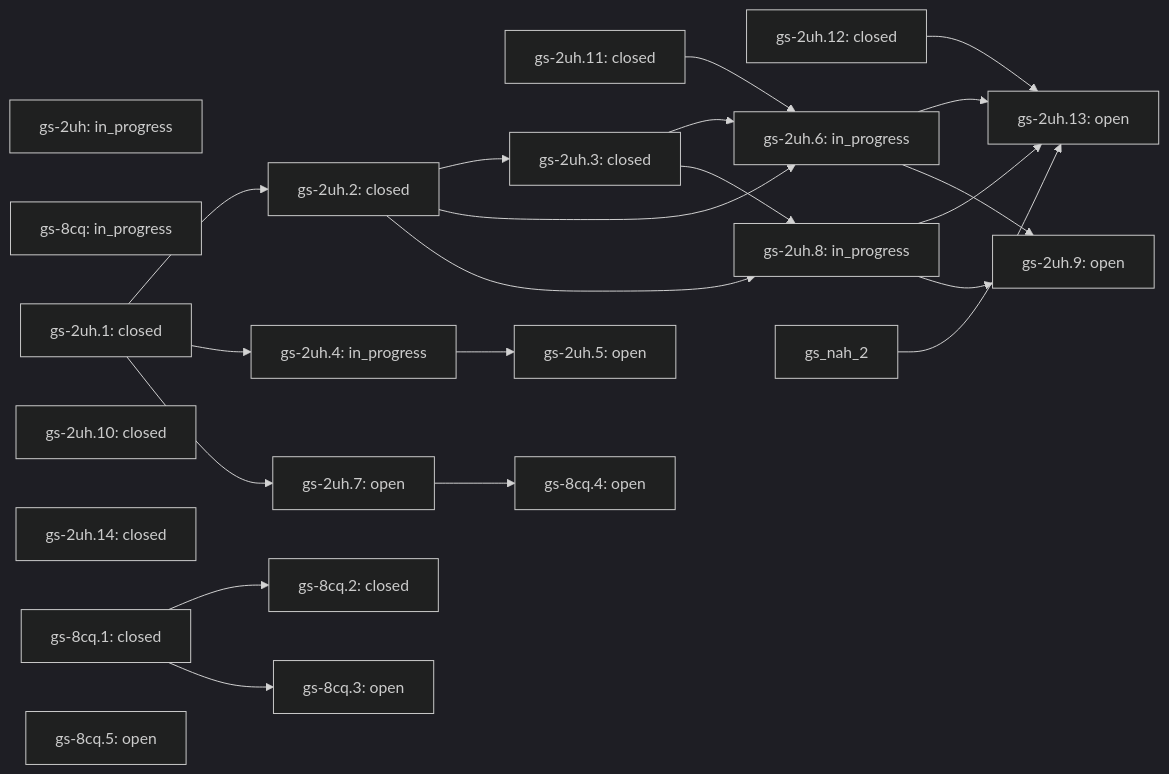
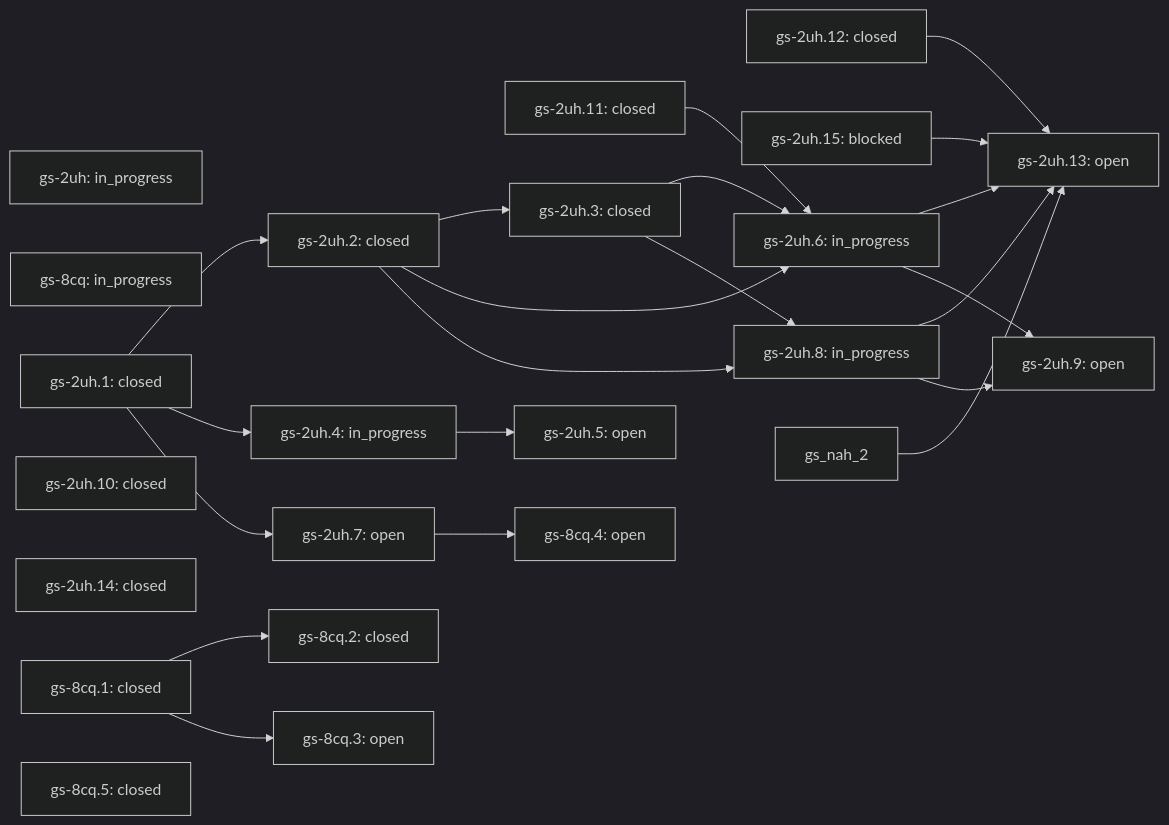
Before and after one commit to lifeofgurpreet/G-Skills: the diagram in docs/skills/vps-health/ROADMAP.md, drawn with Mermaid (dark theme). The commit also changed other lines of this file and 26 other files, not shown here.

````diff
--- a/docs/skills/vps-health/ROADMAP.md
+++ b/docs/skills/vps-health/ROADMAP.md
@@ -33,43 +34,45 @@
 ```mermaid
 flowchart LR
   gs_2uh["gs-2uh: in_progress"]
   gs_8cq["gs-8cq: in_progress"]
   gs_2uh_1["gs-2uh.1: closed"]
   gs_2uh_10["gs-2uh.10: closed"]
   gs_2uh_11["gs-2uh.11: closed"]
   gs_2uh_12["gs-2uh.12: closed"]
   gs_2uh_13["gs-2uh.13: open"]
   gs_2uh_12 --> gs_2uh_13
+  gs_2uh_15 --> gs_2uh_13
   gs_2uh_6 --> gs_2uh_13
   gs_2uh_8 --> gs_2uh_13
   gs_nah_2 --> gs_2uh_13
   gs_2uh_14["gs-2uh.14: closed"]
+  gs_2uh_15["gs-2uh.15: blocked"]
   gs_2uh_2["gs-2uh.2: closed"]
   gs_2uh_1 --> gs_2uh_2
   gs_2uh_3["gs-2uh.3: closed"]
   gs_2uh_2 --> gs_2uh_3
   gs_2uh_4["gs-2uh.4: in_progress"]
   gs_2uh_1 --> gs_2uh_4
   gs_2uh_5["gs-2uh.5: open"]
   gs_2uh_4 --> gs_2uh_5
   gs_2uh_6["gs-2uh.6: in_progress"]
   gs_2uh_11 --> gs_2uh_6
   gs_2uh_2 --> gs_2uh_6
   gs_2uh_3 --> gs_2uh_6
   gs_2uh_8["gs-2uh.8: in_progress"]
   gs_2uh_2 --> gs_2uh_8
   gs_2uh_3 --> gs_2uh_8
   gs_8cq_1["gs-8cq.1: closed"]
   gs_8cq_2["gs-8cq.2: closed"]
   gs_8cq_1 --> gs_8cq_2
   gs_2uh_7["gs-2uh.7: open"]
   gs_2uh_1 --> gs_2uh_7
   gs_2uh_9["gs-2uh.9: open"]
   gs_2uh_6 --> gs_2uh_9
   gs_2uh_8 --> gs_2uh_9
   gs_8cq_3["gs-8cq.3: open"]
   gs_8cq_1 --> gs_8cq_3
   gs_8cq_4["gs-8cq.4: open"]
   gs_2uh_7 --> gs_8cq_4
-  gs_8cq_5["gs-8cq.5: open"]
+  gs_8cq_5["gs-8cq.5: closed"]
 ```
````
